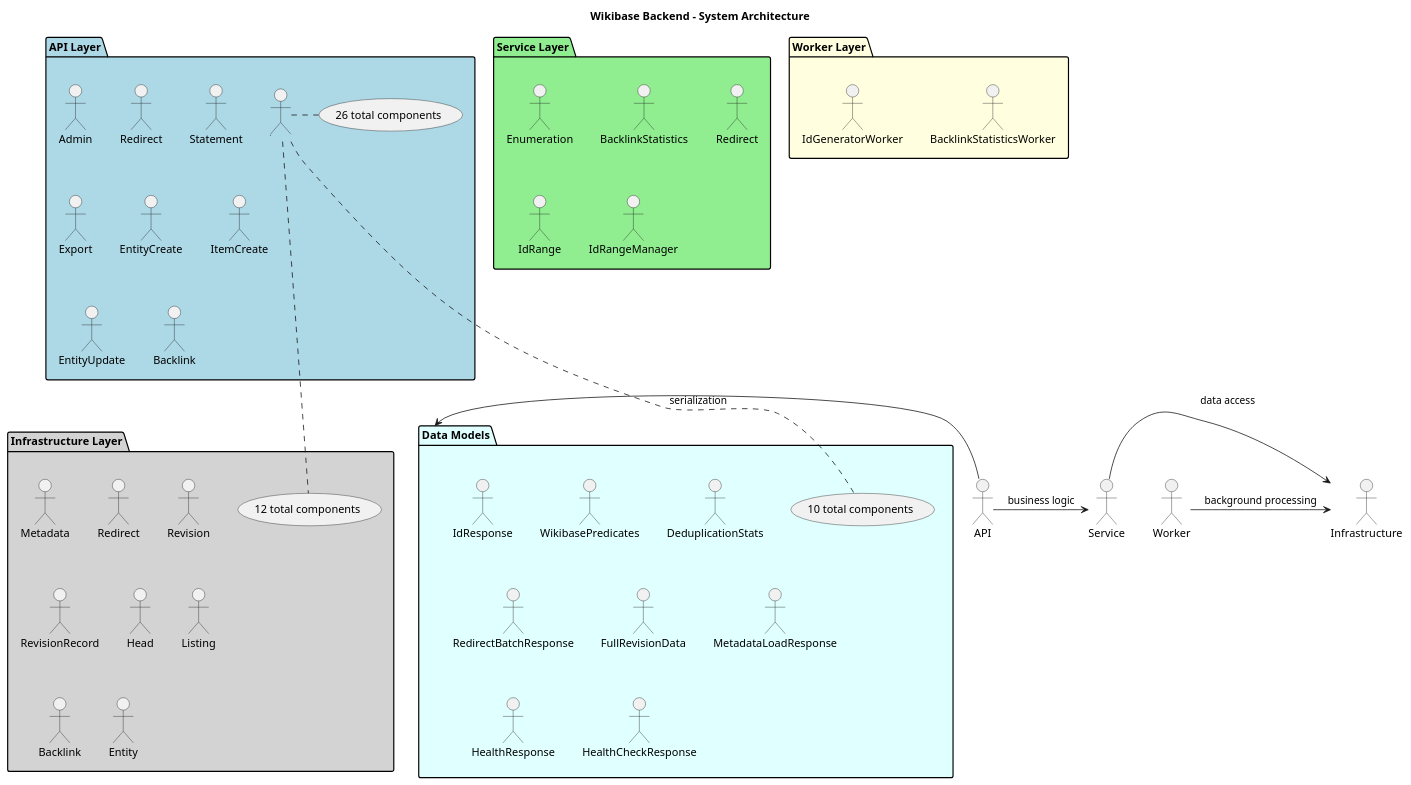
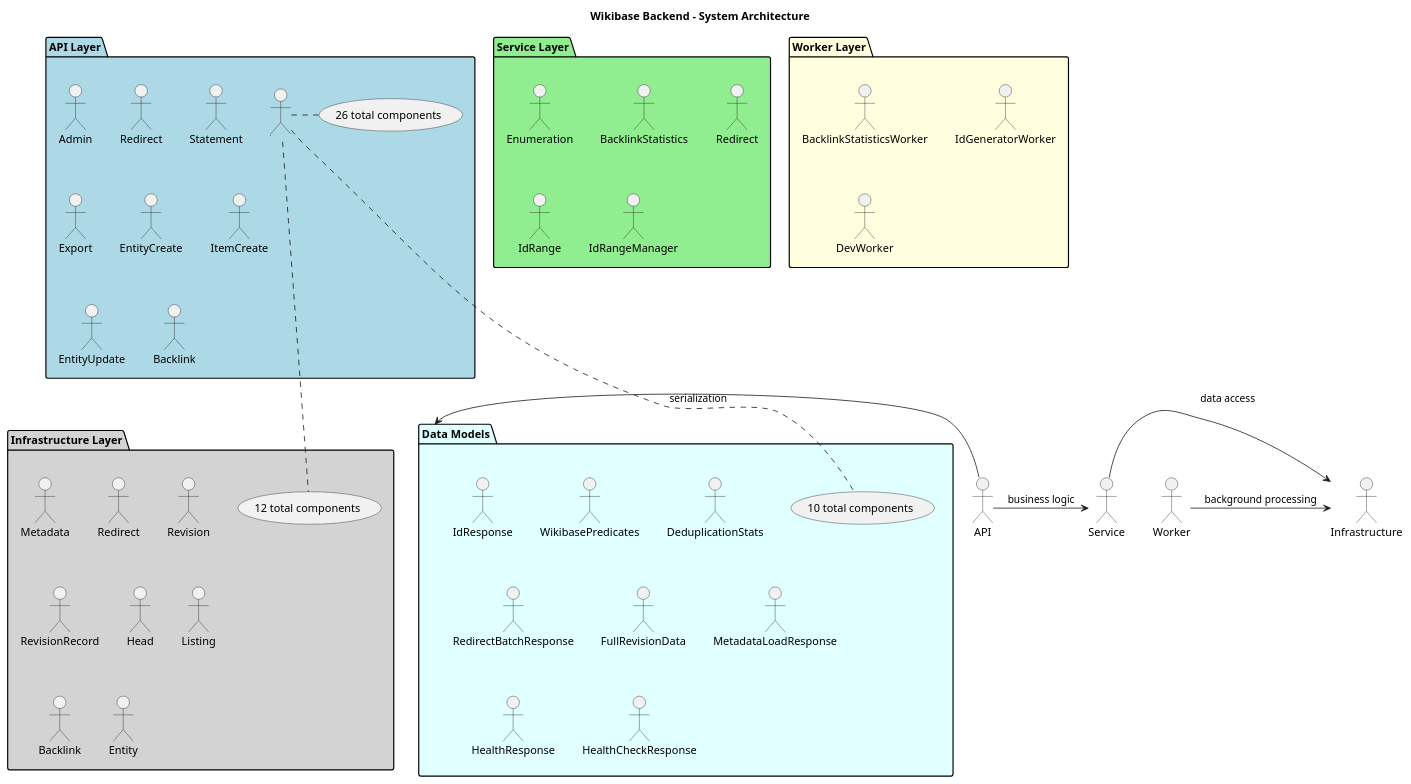
Before and after one commit to dpriskorn/entitybase-backend: the diagram in doc/DIAGRAMS/system_architecture.puml, drawn with PlantUML. The commit also changed 18 other files, not shown here.

```diff
--- a/doc/DIAGRAMS/system_architecture.puml
+++ b/doc/DIAGRAMS/system_architecture.puml
@@ -1,61 +1,62 @@
 @startuml System Architecture
 
 title Wikibase Backend - System Architecture
 
 package "API Layer" as APILayer #LightBlue {
     "Admin" as AdminHandler
     "Redirect" as RedirectHandler
     "Statement" as StatementHandler
     "Export" as ExportHandler
     "EntityCreate" as EntityCreateHandler
     "ItemCreate" as ItemCreateHandler
     "EntityUpdate" as EntityUpdateHandler
     "Backlink" as BacklinkHandler
     ... (26 total components)
 }
 
 package "Service Layer" as ServiceLayer #LightGreen {
     "Enumeration" as EnumerationService
     "BacklinkStatistics" as BacklinkStatisticsService
     "Redirect" as RedirectService
     "IdRange" as IdRange
     "IdRangeManager" as IdRangeManager
 }
 
 package "Worker Layer" as WorkerLayer #LightYellow {
     "BacklinkStatisticsWorker" as BacklinkStatisticsWorker
     "IdGeneratorWorker" as IdGeneratorWorker
+    "DevWorker" as DevWorker
 }
 
 package "Infrastructure Layer" as InfrastructureLayer #LightGray {
     "Metadata" as MetadataRepository
     "Redirect" as RedirectRepository
     "Revision" as RevisionRepository
     "RevisionRecord" as RevisionRecord
     "Head" as HeadRepository
     "Listing" as ListingRepository
     "Backlink" as BacklinkRepository
     "Entity" as EntityRepository
     ... (12 total components)
 }
 
 package "Data Models" as DataModels #LightCyan {
     "IdResponse" as IdResponse
     "WikibasePredicates" as WikibasePredicates
     "DeduplicationStats" as DeduplicationStats
     "RedirectBatchResponse" as RedirectBatchResponse
     "FullRevisionData" as FullRevisionData
     "MetadataLoadResponse" as MetadataLoadResponse
     "HealthResponse" as HealthResponse
     "HealthCheckResponse" as HealthCheckResponse
     ... (10 total components)
 }
 
 
 ' Relationships
 API -> Service : business logic
 Service -> Infrastructure : data access
 Worker -> Infrastructure : background processing
 API -> DataModels : serialization
 
 @enduml
```
